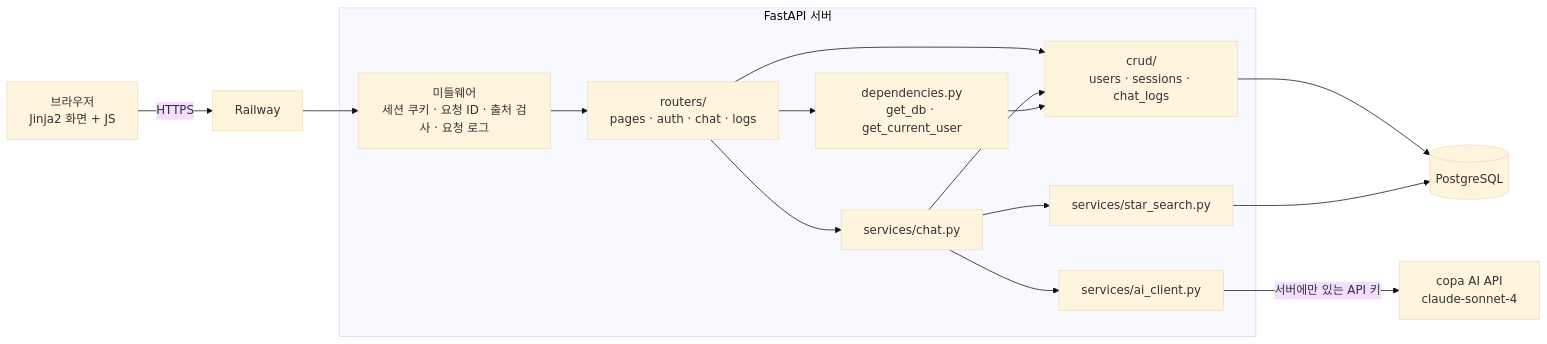
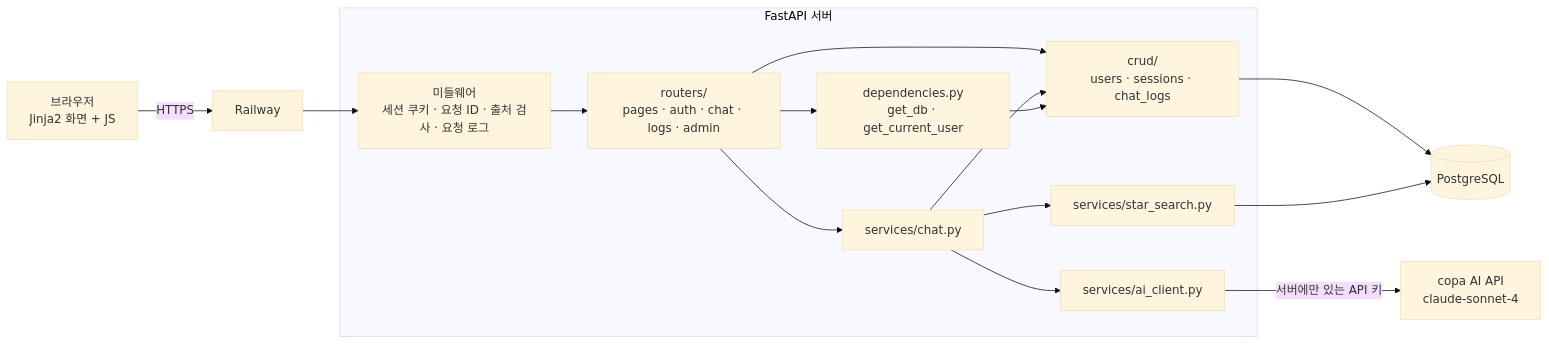
Before and after one commit to innurhap28/Next-Star-Hunter.bot: the first of 2 diagrams in README.md, drawn with Mermaid (base theme). The commit also changed other lines of this file and 4 other files, not shown here.

````diff
--- a/README.md
+++ b/README.md
@@ -68,18 +68,18 @@
 ```mermaid
 flowchart LR
     B["브라우저<br/>Jinja2 화면 + JS"] -->|HTTPS| R["Railway"]
     R --> M
     subgraph S["FastAPI 서버"]
-        M["미들웨어<br/>세션 쿠키 · 요청 ID · 출처 검사 · 요청 로그"] --> RT["routers/<br/>pages · auth · chat · logs"]
+        M["미들웨어<br/>세션 쿠키 · 요청 ID · 출처 검사 · 요청 로그"] --> RT["routers/<br/>pages · auth · chat · logs · admin"]
         RT --> D["dependencies.py<br/>get_db · get_current_user"]
         RT --> SV["services/chat.py"]
         SV --> SS["services/star_search.py"]
         SV --> AC["services/ai_client.py"]
         RT --> CR["crud/<br/>users · sessions · chat_logs"]
         SV --> CR
         D --> CR
     end
     CR --> DB[("PostgreSQL")]
     SS --> DB
     AC -->|"서버에만 있는 API 키"| AI["copa AI API<br/>claude-sonnet-4"]
 ```
````
